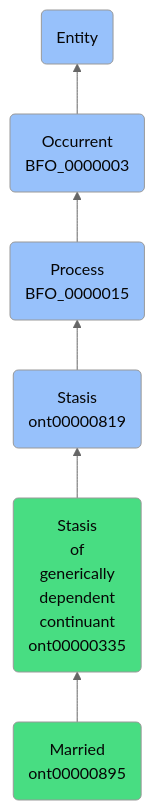
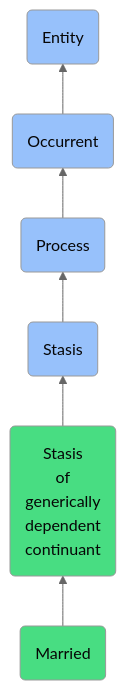
Before and after one commit to jupyter-naas/abi: the diagram in docs/ontology/reference/model/Entity/Occurrent/Process/Stasis/Stasis of generically dependent continuant/Married/Married.md, drawn with Mermaid (neutral theme). The commit also changed other lines of this file and 1430 other files, not shown here.

````diff
--- a/docs/ontology/reference/model/Entity/Occurrent/Process/Stasis/Stasis of generically dependent continuant/Married/Married.md
+++ b/docs/ontology/reference/model/Entity/Occurrent/Process/Stasis/Stasis of generically dependent continuant/Married/Married.md
@@ -24,13 +24,13 @@
 ```mermaid
 graph BT
-    ont00000895(Married<br>ont00000895):::ABI-->ont00000335
-    ont00000335(Stasis<br>of<br>generically<br>dependent<br>continuant<br>ont00000335):::ABI-->ont00000819
-    ont00000819(Stasis<br>ont00000819):::BFO-->BFO_0000015
-    BFO_0000015(Process<br>BFO_0000015):::BFO-->BFO_0000003
-    BFO_0000003(Occurrent<br>BFO_0000003):::BFO-->BFO_0000001
+    ont00000895(Married):::ABI-->ont00000335
+    ont00000335(Stasis<br>of<br>generically<br>dependent<br>continuant):::ABI-->ont00000819
+    ont00000819(Stasis):::BFO-->BFO_0000015
+    BFO_0000015(Process):::BFO-->BFO_0000003
+    BFO_0000003(Occurrent):::BFO-->BFO_0000001
     BFO_0000001(Entity):::BFO
     
     classDef BFO fill:#97c1fb,color:#060606
     classDef CCO fill:#e4c51e,color:#060606
     classDef ABI fill:#48DD82,color:#060606
 ```
````
